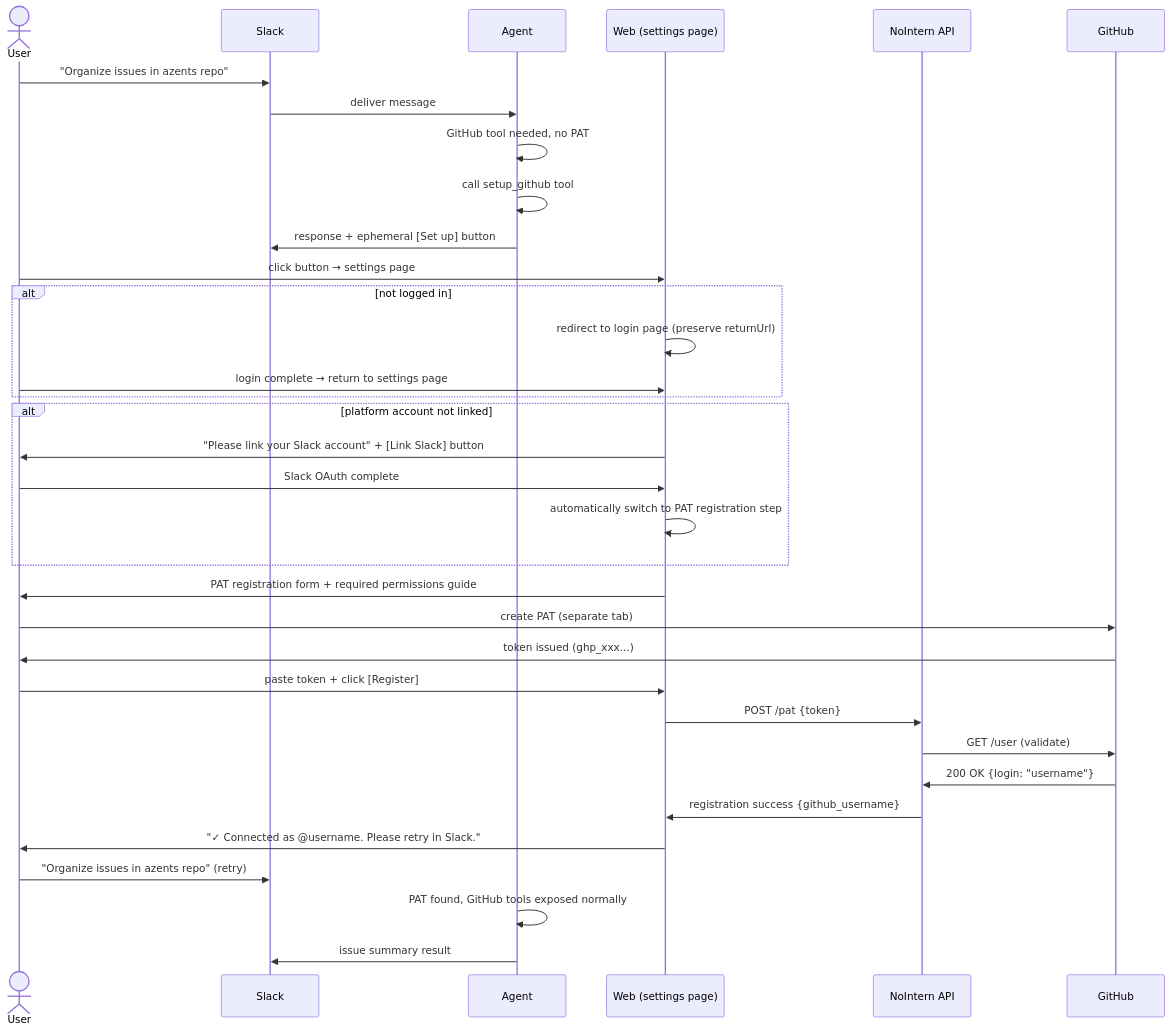
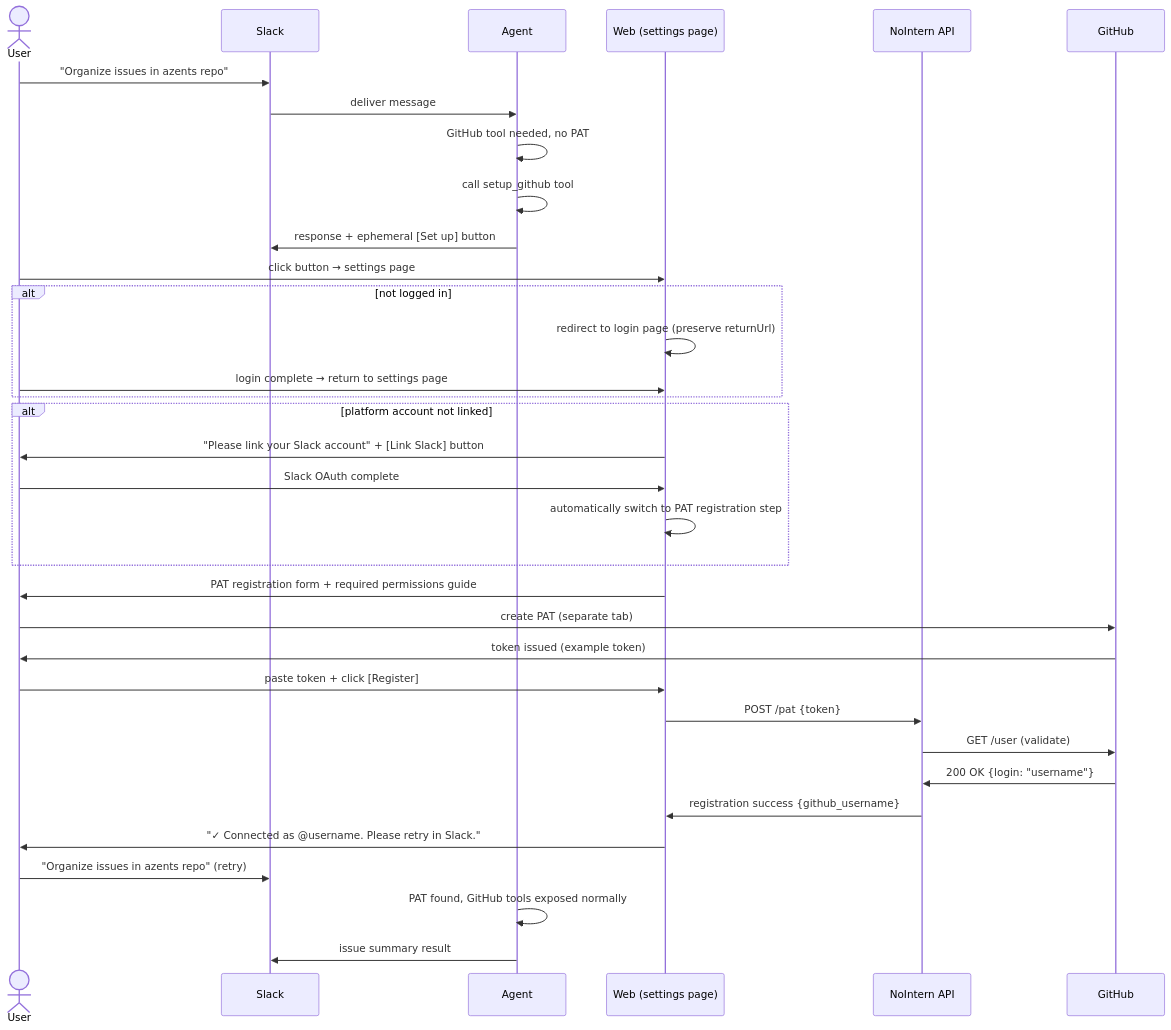
One commit to azents/azents changed the first of 4 diagrams in docs/azents/design/per-user-pat.md. Above: the diagram before and after it, drawn with Mermaid. The commit also changed other lines of this file and 18 other files, not shown here.

````diff
--- a/docs/azents/design/per-user-pat.md
+++ b/docs/azents/design/per-user-pat.md
@@ -51,41 +51,41 @@
 ```mermaid
 sequenceDiagram
     actor U as User
     participant S as Slack
     participant A as Agent
     participant W as Web (settings page)
     participant API as NoIntern API
     participant GH as GitHub
 
     U->>S: "Organize issues in azents repo"
     S->>A: deliver message
     A->>A: GitHub tool needed, no PAT
     A->>A: call setup_github tool
     A->>S: response + ephemeral [Set up] button
     U->>W: click button → settings page
 
     alt not logged in
         W->>W: redirect to login page (preserve returnUrl)
         U->>W: login complete → return to settings page
     end
 
     alt platform account not linked
         W->>U: "Please link your Slack account" + [Link Slack] button
         U->>W: Slack OAuth complete
         W->>W: automatically switch to PAT registration step
     end
 
     W->>U: PAT registration form + required permissions guide
     U->>GH: create PAT (separate tab)
-    GH->>U: token issued (ghp_xxx...)
+    GH->>U: token issued (example token)
     U->>W: paste token + click [Register]
     W->>API: POST /pat {token}
     API->>GH: GET /user (validate)
     GH->>API: 200 OK {login: "username"}
     API->>W: registration success {github_username}
     W->>U: "✓ Connected as @username. Please retry in Slack."
 
     U->>S: "Organize issues in azents repo" (retry)
     A->>A: PAT found, GitHub tools exposed normally
     A->>S: issue summary result
 ```
````
